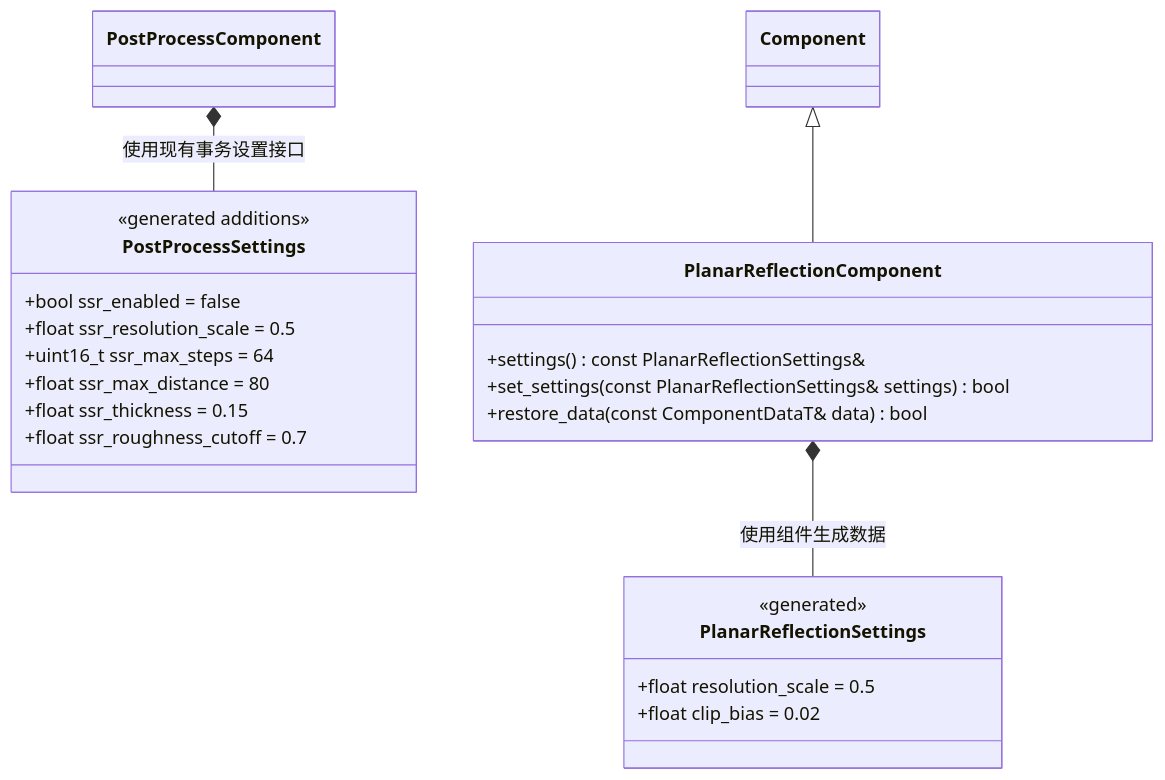
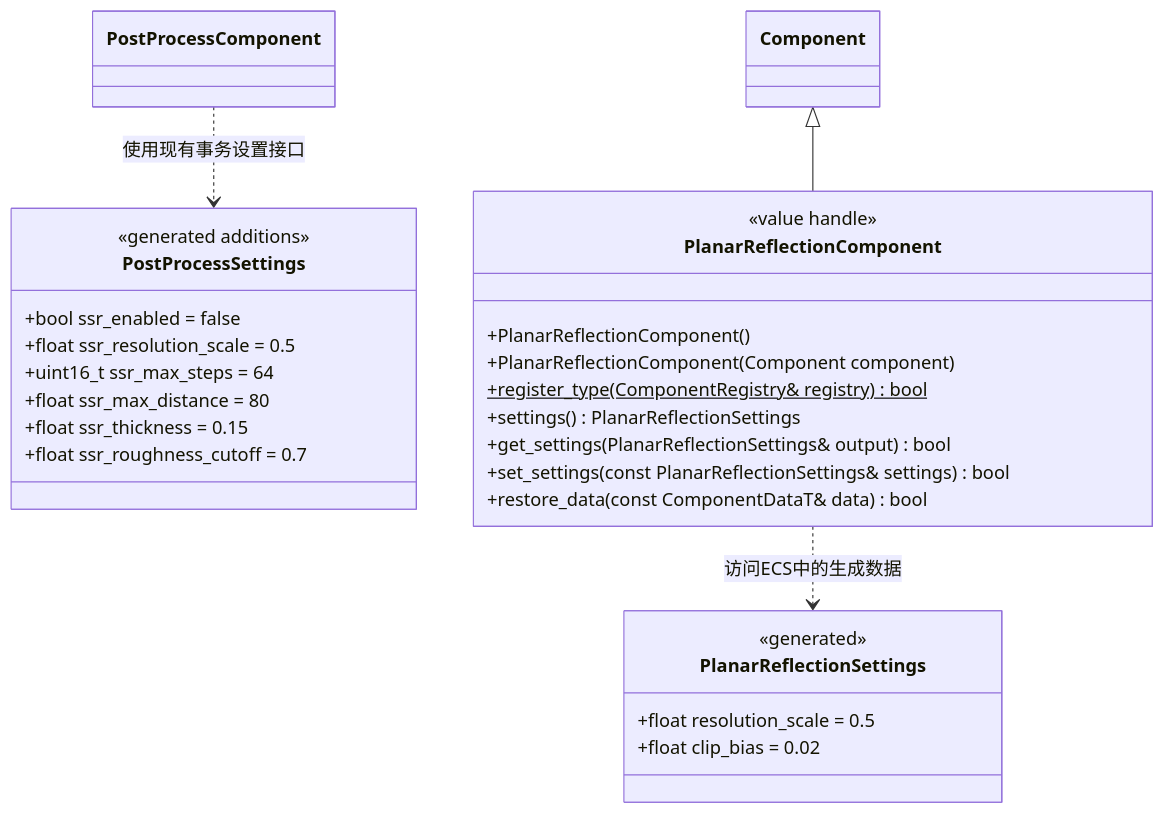
The third of 6 diagrams in docs/runtime/class-diagrams/forward-lighting-reflections.md (lcals/Engine), drawn with Mermaid before and after one commit. The commit also changed other lines of this file and 291 other files, not shown here.

````diff
--- a/docs/runtime/class-diagrams/forward-lighting-reflections.md
+++ b/docs/runtime/class-diagrams/forward-lighting-reflections.md
@@ -80,27 +80,32 @@
 ```mermaid
 classDiagram
     class PostProcessSettings {
         <<generated additions>>
         +bool ssr_enabled = false
         +float ssr_resolution_scale = 0.5
         +uint16_t ssr_max_steps = 64
         +float ssr_max_distance = 80
         +float ssr_thickness = 0.15
         +float ssr_roughness_cutoff = 0.7
     }
     class PostProcessComponent
     class Component
     class PlanarReflectionComponent {
-        +settings() const PlanarReflectionSettings&
+        <<value handle>>
+        +PlanarReflectionComponent()
+        +PlanarReflectionComponent(Component component)
+        +register_type(ComponentRegistry& registry) bool$
+        +settings() PlanarReflectionSettings
+        +get_settings(PlanarReflectionSettings& output) bool
         +set_settings(const PlanarReflectionSettings& settings) bool
         +restore_data(const ComponentDataT& data) bool
     }
     class PlanarReflectionSettings {
         <<generated>>
         +float resolution_scale = 0.5
         +float clip_bias = 0.02
     }
     Component <|-- PlanarReflectionComponent
-    PlanarReflectionComponent *-- PlanarReflectionSettings : 使用组件生成数据
-    PostProcessComponent *-- PostProcessSettings : 使用现有事务设置接口
+    PlanarReflectionComponent ..> PlanarReflectionSettings : 访问ECS中的生成数据
+    PostProcessComponent ..> PostProcessSettings : 使用现有事务设置接口
 ```
````
